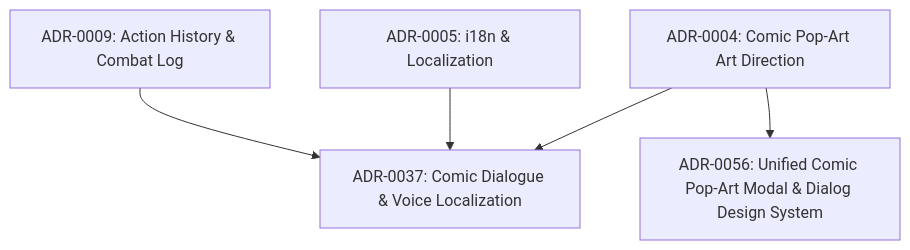
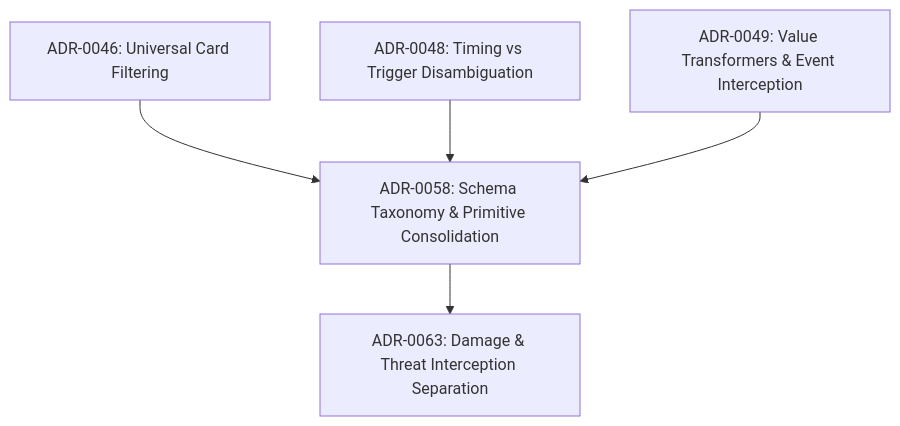
Before and after one commit to SteveRodrigue/MCD: the fourth of 5 diagrams in docs/decisions/README.md, drawn with Mermaid. The commit also changed other lines of this file and 2 other files, not shown here.

Commit message:
docs(decisions): align ADR lineage and spec status

````diff
--- a/docs/decisions/README.md
+++ b/docs/decisions/README.md
@@ -91,7 +51,7 @@
 ```mermaid
 graph TD
-    ADR04["ADR-0004: Comic Pop-Art Art Direction"] --> ADR37["ADR-0037: Comic Dialogue & Voice Localization"]
-    ADR04 --> ADR56["ADR-0056: Unified Comic Pop-Art Modal & Dialog Design System"]
-    ADR05["ADR-0005: i18n & Localization"] --> ADR37
-    ADR09["ADR-0009: Action History & Combat Log"] --> ADR37
+    ADR46["ADR-0046: Universal Card Filtering"] --> ADR58["ADR-0058: Schema Taxonomy & Primitive Consolidation"]
+    ADR48["ADR-0048: Timing vs Trigger Disambiguation"] --> ADR58
+    ADR49["ADR-0049: Value Transformers & Event Interception"] --> ADR58
+    ADR58 --> ADR63["ADR-0063: Damage & Threat Interception Separation"]
 ```
````
